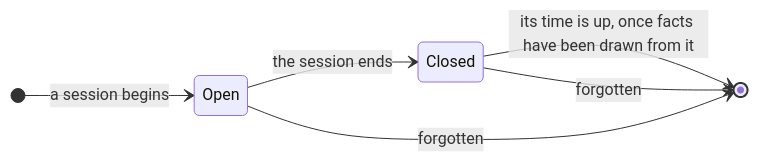
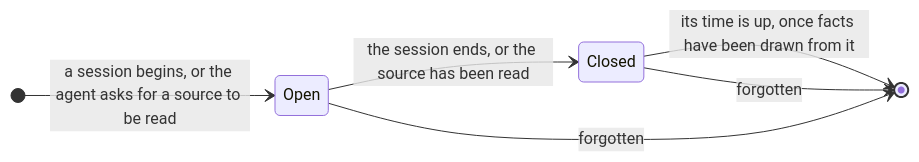
The diagram in docs/primitives/EPISODE.md (willregelmann/tapestry), drawn with Mermaid before and after one commit. The commit also changed other lines of this file and 8 other files, not shown here.

First line of the commit message:
Map: a reading is an episode the agent asks for, drawn in full

````diff
--- a/docs/primitives/EPISODE.md
+++ b/docs/primitives/EPISODE.md
@@ -7,9 +7,9 @@
 ```mermaid
 stateDiagram-v2
     direction LR
-    [*] --> Open : a session begins
-    Open --> Closed : the session ends
+    [*] --> Open : a session begins, or the agent asks for a source to be read
+    Open --> Closed : the session ends, or the source has been read
     Closed --> [*] : its time is up, once facts have been drawn from it
     Open --> [*] : forgotten
     Closed --> [*] : forgotten
 ```
````
